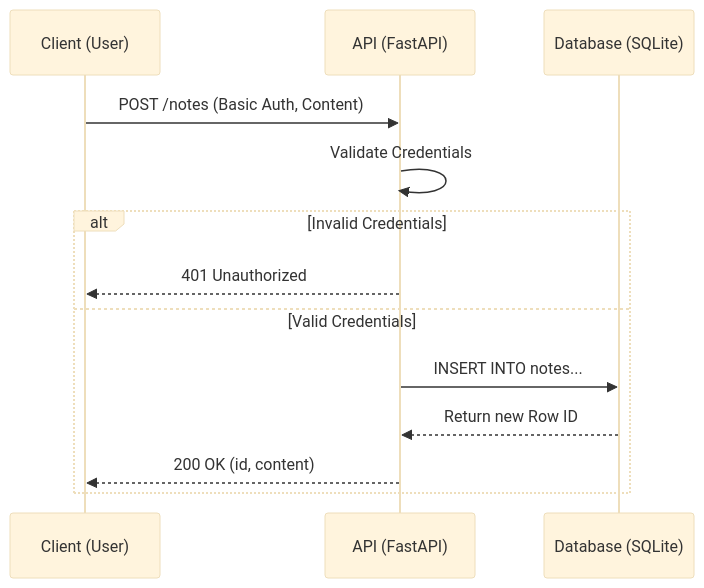
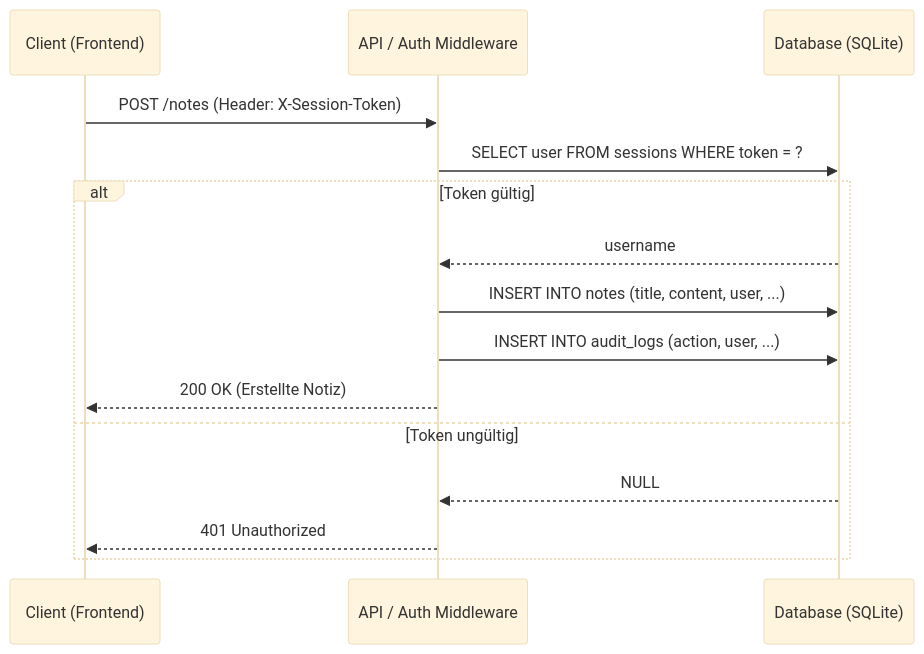
Before and after one commit to tim-gromeyer/LF11a-Secure-Notes: the third of 4 diagrams in docs/uml.md, drawn with Mermaid (base theme). The commit also changed other lines of this file and 21 other files, not shown here.

````diff
--- a/docs/uml.md
+++ b/docs/uml.md
@@ -19,16 +48,19 @@
 ```mermaid
 sequenceDiagram
-    participant C as Client (User)
-    participant A as API (FastAPI)
+    participant C as Client (Frontend)
+    participant A as API / Auth Middleware
     participant D as Database (SQLite)
 
-    C->>A: POST /notes (Basic Auth, Content)
-    A->>A: Validate Credentials
-    alt Invalid Credentials
+    C->>A: POST /notes (Header: X-Session-Token)
+    A->>D: SELECT user FROM sessions WHERE token = ?
+    
+    alt Token gültig
+        D-->>A: username
+        A->>D: INSERT INTO notes (title, content, user, ...)
+        A->>D: INSERT INTO audit_logs (action, user, ...)
+        A-->>C: 200 OK (Erstellte Notiz)
+    else Token ungültig
+        D-->>A: NULL
         A-->>C: 401 Unauthorized
-    else Valid Credentials
-        A->>D: INSERT INTO notes...
-        D-->>A: Return new Row ID
-        A-->>C: 200 OK (id, content)
     end
 ```
````
